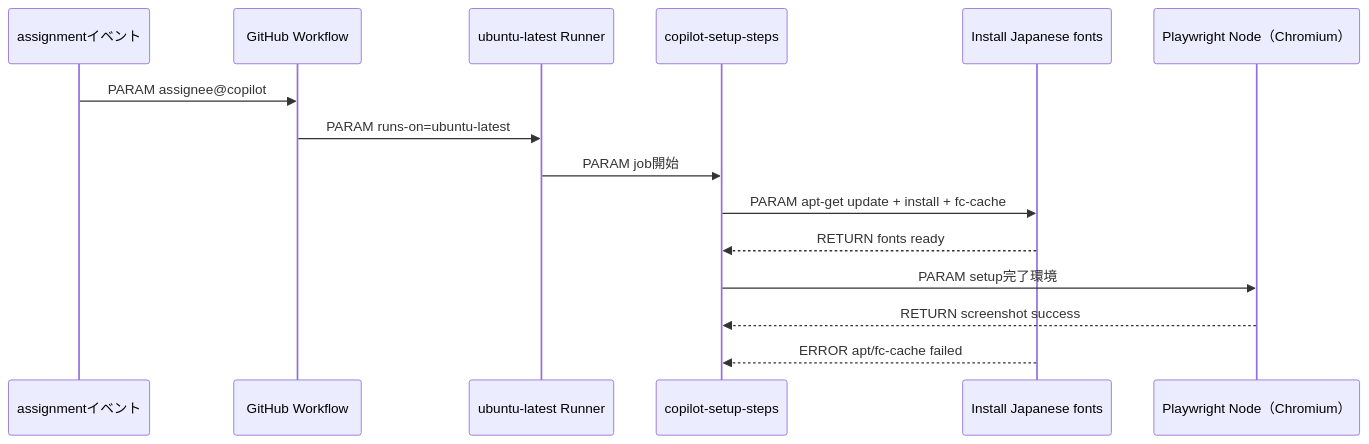
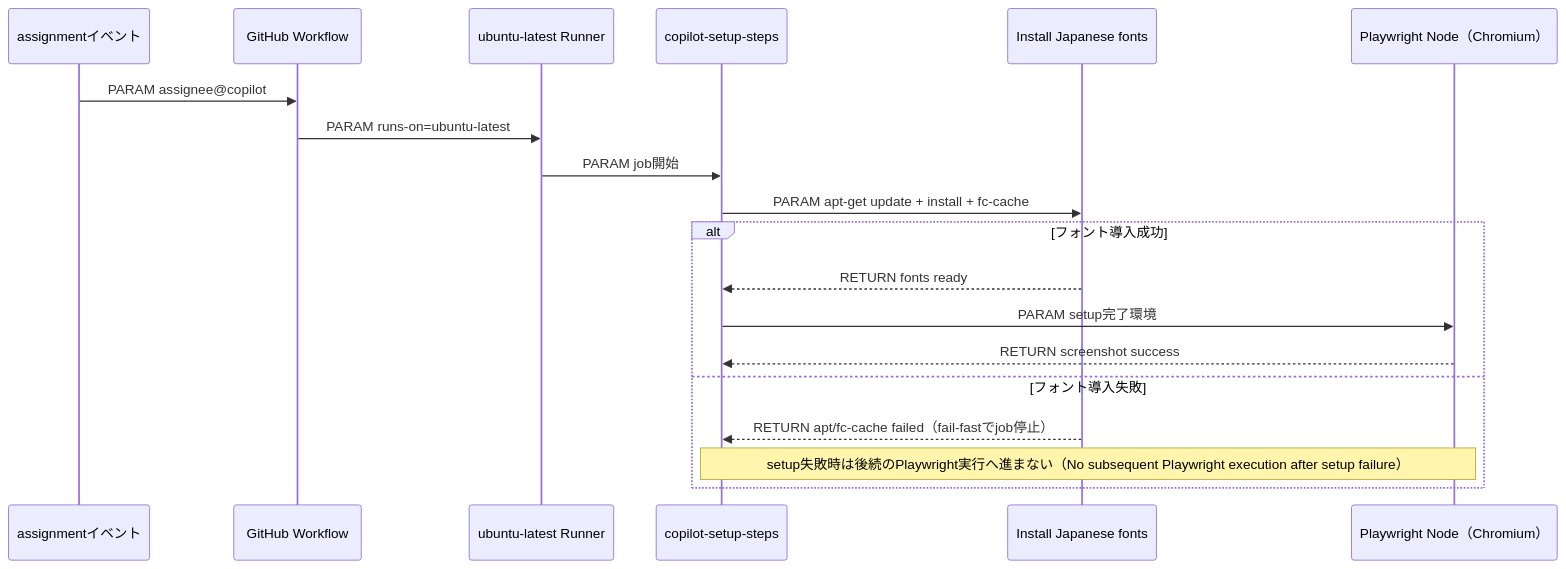
Before and after one commit to LevelCapTech/Agile-PMBOK-Assist: the first of 6 diagrams in .github/copilot/plans/100-jp-fonts-playwright.md, drawn with Mermaid. The commit also changed other lines of this file, not shown here.

````diff
--- a/.github/copilot/plans/100-jp-fonts-playwright.md
+++ b/.github/copilot/plans/100-jp-fonts-playwright.md
@@ -293,18 +293,22 @@
 ```mermaid
 sequenceDiagram
   participant Assignment as assignmentイベント
   participant Workflow as GitHub Workflow
   participant Runner as ubuntu-latest Runner
   participant Setup as copilot-setup-steps
   participant Fonts as Install Japanese fonts
   participant PW as Playwright Node（Chromium）
 
   Assignment->>Workflow: PARAM assignee@copilot
   Workflow->>Runner: PARAM runs-on=ubuntu-latest
   Runner->>Setup: PARAM job開始
   Setup->>Fonts: PARAM apt-get update + install + fc-cache
-  Fonts-->>Setup: RETURN fonts ready
-  Setup->>PW: PARAM setup完了環境
-  PW-->>Setup: RETURN screenshot success
-  Fonts-->>Setup: ERROR apt/fc-cache failed
+  alt フォント導入成功
+    Fonts-->>Setup: RETURN fonts ready
+    Setup->>PW: PARAM setup完了環境
+    PW-->>Setup: RETURN screenshot success
+  else フォント導入失敗
+    Fonts-->>Setup: RETURN apt/fc-cache failed（fail-fastでjob停止）
+    Note over Setup,PW: setup失敗時は後続のPlaywright実行へ進まない（No subsequent Playwright execution after setup failure）
+  end
 ```
````
